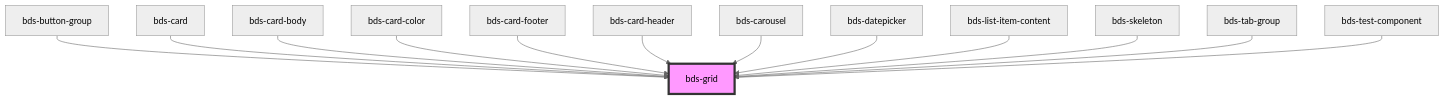
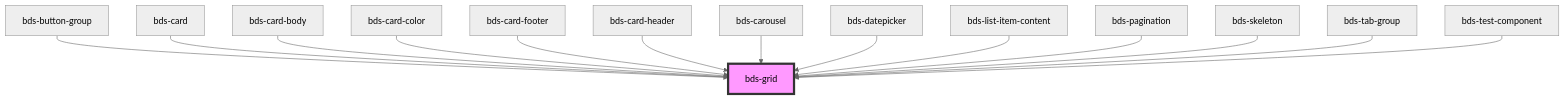
Before and after one commit to takenet/blip-ds: the diagram in src/components/grid/readme.md, drawn with Mermaid (neutral theme). The commit also changed other lines of this file and 6 other files, not shown here.

````diff
--- a/src/components/grid/readme.md
+++ b/src/components/grid/readme.md
@@ -54,16 +55,17 @@
 ```mermaid
 graph TD;
   bds-button-group --> bds-grid
   bds-card --> bds-grid
   bds-card-body --> bds-grid
   bds-card-color --> bds-grid
   bds-card-footer --> bds-grid
   bds-card-header --> bds-grid
   bds-carousel --> bds-grid
   bds-datepicker --> bds-grid
   bds-list-item-content --> bds-grid
+  bds-pagination --> bds-grid
   bds-skeleton --> bds-grid
   bds-tab-group --> bds-grid
   bds-test-component --> bds-grid
   style bds-grid fill:#f9f,stroke:#333,stroke-width:4px
 ```
````
